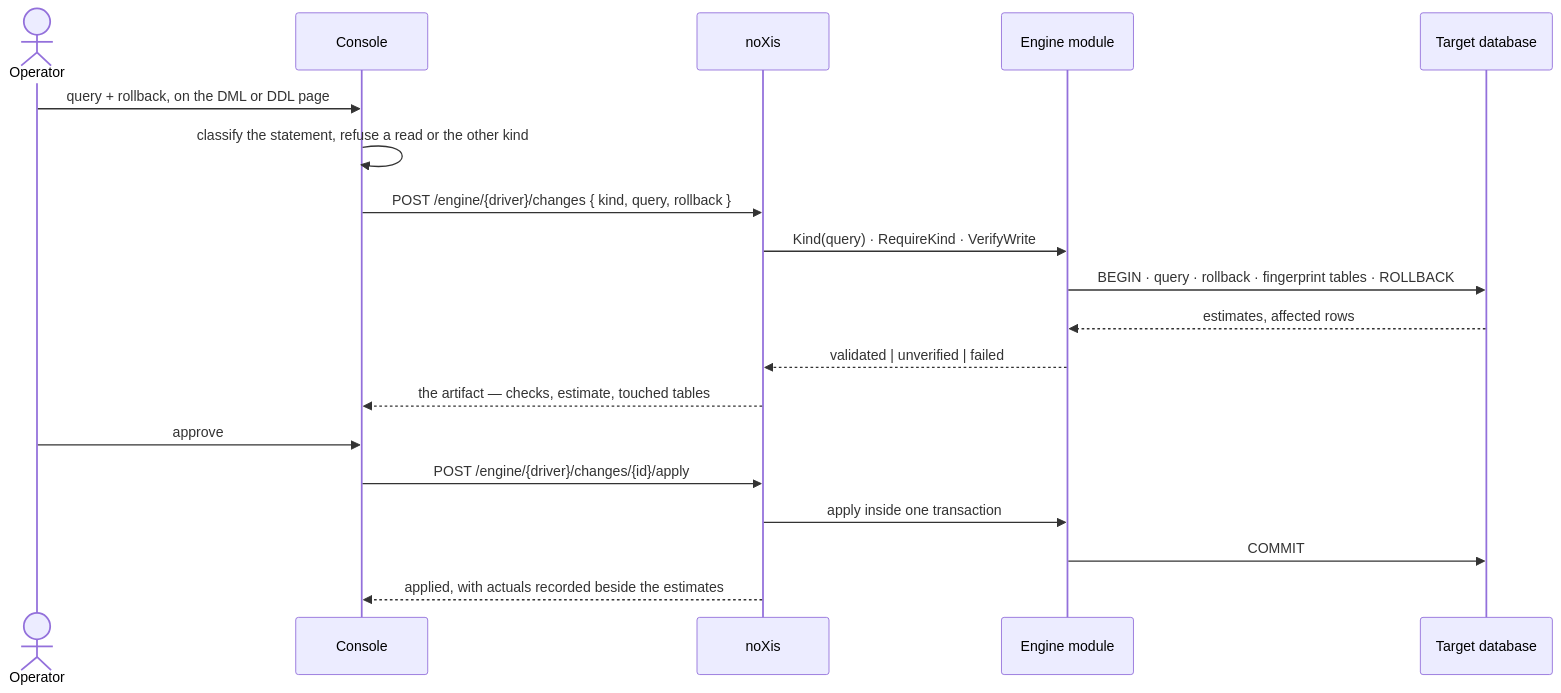
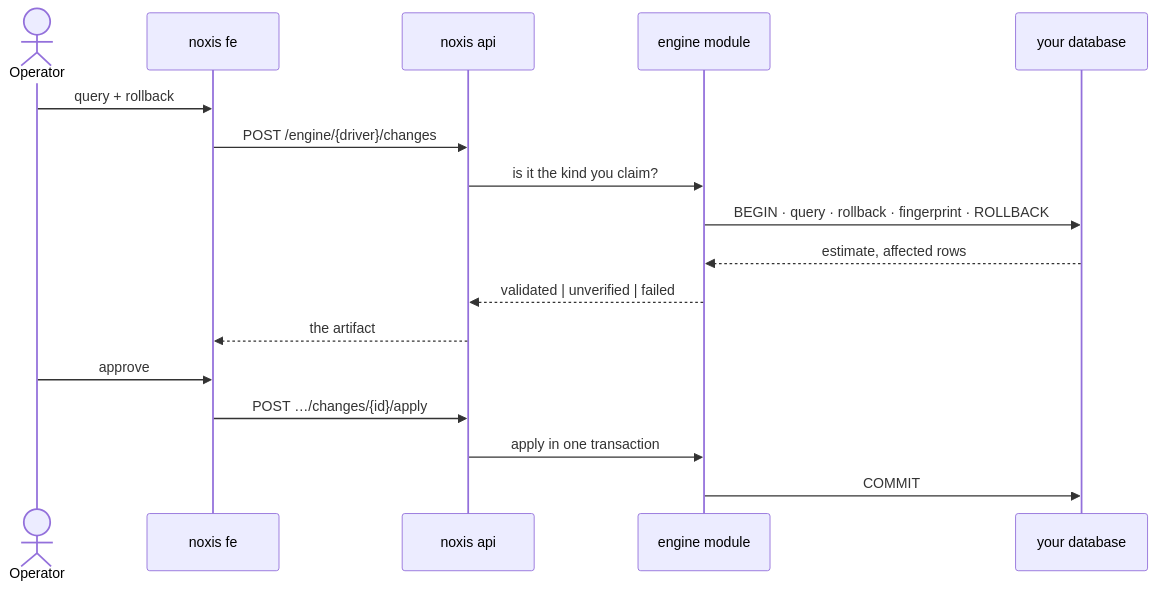
The diagram in README.md (dimasbaguspm/noxis), drawn with Mermaid before and after one commit. The commit also changed other lines of this file and 1 other file, not shown here.

````diff
--- a/README.md
+++ b/README.md
@@ -43,22 +35,20 @@
 ```mermaid
 sequenceDiagram
   actor Op as Operator
-  participant UI as Console
-  participant API as noXis
-  participant Eng as Engine module
-  participant DB as Target database
+  participant FE as noxis fe
+  participant API as noxis api
+  participant Eng as engine module
+  participant DB as your database
 
-  Op->>UI: query + rollback, on the DML or DDL page
-  UI->>UI: classify the statement, refuse a read or the other kind
-  UI->>API: POST /engine/{driver}/changes { kind, query, rollback }
-  API->>Eng: Kind(query) · RequireKind · VerifyWrite
-  Eng->>DB: BEGIN · query · rollback · fingerprint tables · ROLLBACK
-  DB-->>Eng: estimates, affected rows
+  Op->>FE: query + rollback
+  FE->>API: POST /engine/{driver}/changes
+  API->>Eng: is it the kind you claim?
+  Eng->>DB: BEGIN · query · rollback · fingerprint · ROLLBACK
+  DB-->>Eng: estimate, affected rows
   Eng-->>API: validated | unverified | failed
-  API-->>UI: the artifact — checks, estimate, touched tables
-  Op->>UI: approve
-  UI->>API: POST /engine/{driver}/changes/{id}/apply
-  API->>Eng: apply inside one transaction
+  API-->>FE: the artifact
+  Op->>FE: approve
+  FE->>API: POST …/changes/{id}/apply
+  API->>Eng: apply in one transaction
   Eng->>DB: COMMIT
-  API-->>UI: applied, with actuals recorded beside the estimates
 ```
````
